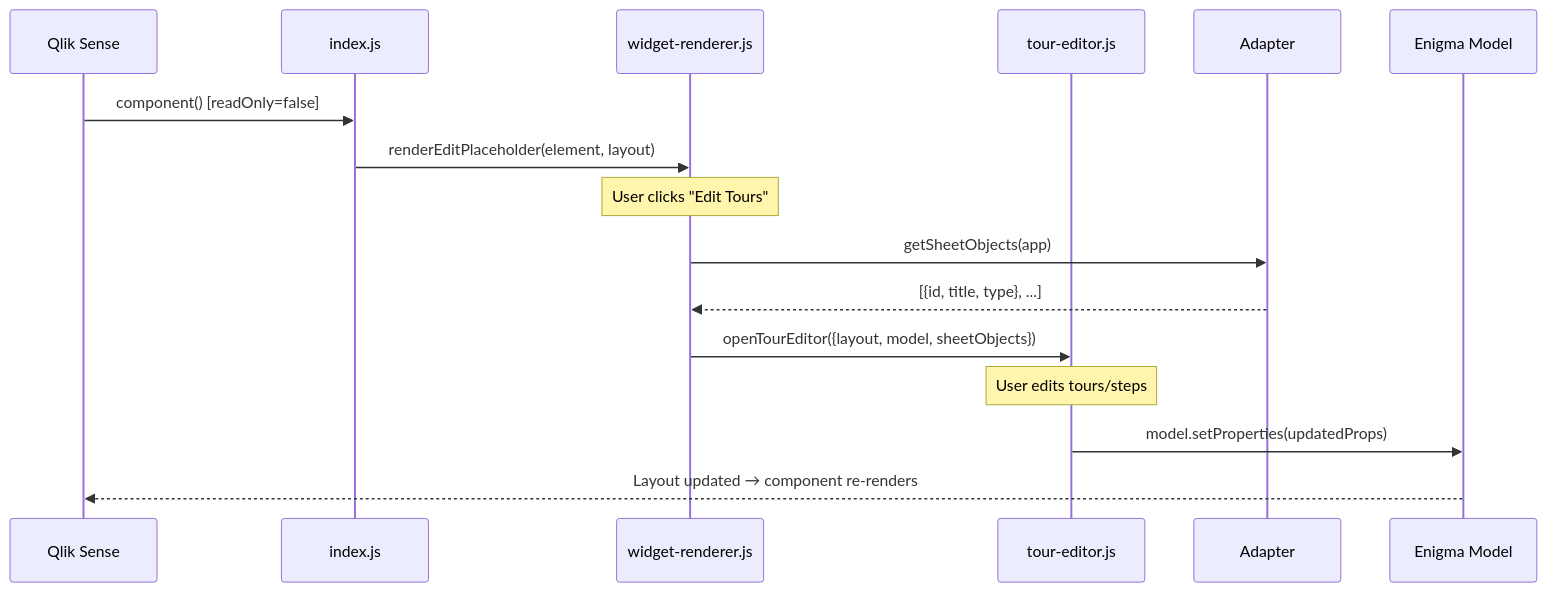
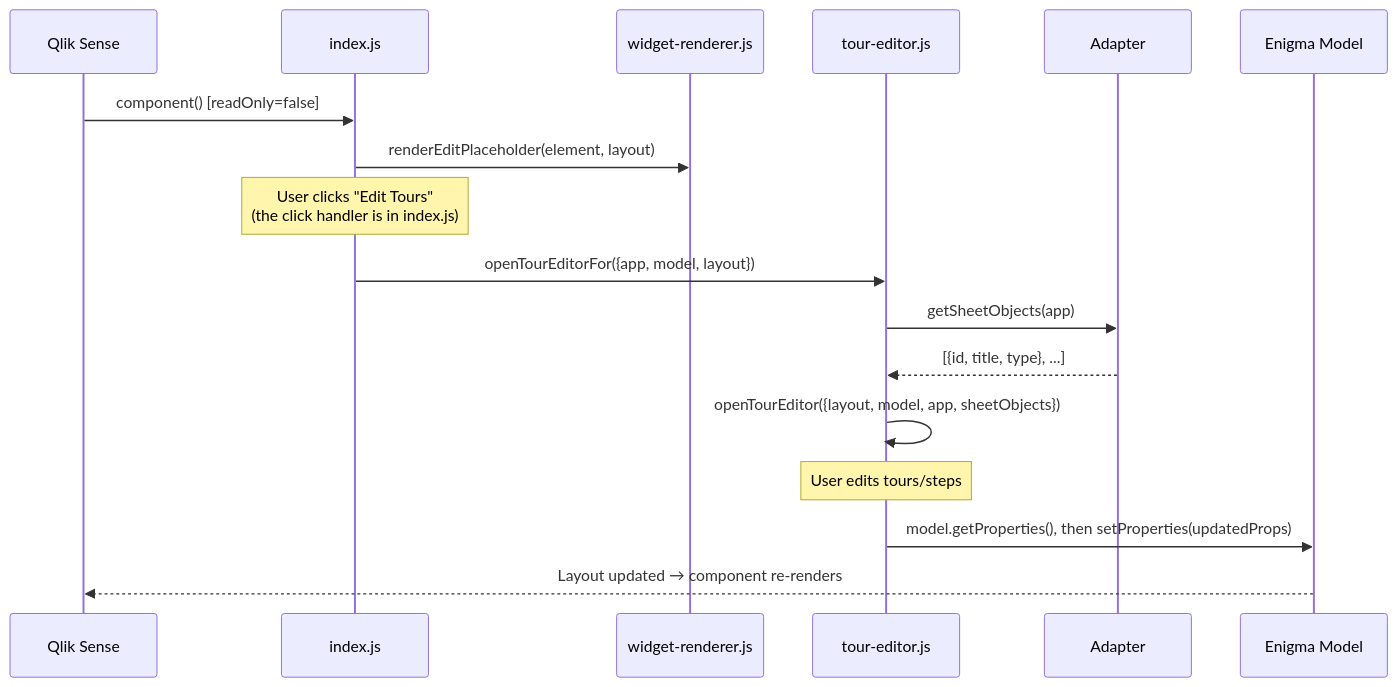
The fourth of 5 diagrams in docs/ARCHITECTURE.md (ptarmiganlabs/onboard.qs), drawn with Mermaid before and after one commit. The commit also changed other lines of this file, not shown here.

First line of the commit message:
docs(architecture): match the lifecycle, data flows and file tree to src/

````diff
--- a/docs/ARCHITECTURE.md
+++ b/docs/ARCHITECTURE.md
@@ -168,19 +169,20 @@
 ```mermaid
 sequenceDiagram
     participant QS as Qlik Sense
     participant EP as index.js
     participant WR as widget-renderer.js
     participant TE as tour-editor.js
     participant AD as Adapter
     participant MD as Enigma Model
 
     QS->>EP: component() [readOnly=false]
     EP->>WR: renderEditPlaceholder(element, layout)
-    Note over WR: User clicks "Edit Tours"
-    WR->>AD: getSheetObjects(app)
-    AD-->>WR: [{id, title, type}, ...]
-    WR->>TE: openTourEditor({layout, model, sheetObjects})
+    Note over EP: User clicks "Edit Tours"<br/>(the click handler is in index.js)
+    EP->>TE: openTourEditorFor({app, model, layout})
+    TE->>AD: getSheetObjects(app)
+    AD-->>TE: [{id, title, type}, ...]
+    TE->>TE: openTourEditor({layout, model, app, sheetObjects})
     Note over TE: User edits tours/steps
-    TE->>MD: model.setProperties(updatedProps)
+    TE->>MD: model.getProperties(), then setProperties(updatedProps)
     MD-->>QS: Layout updated → component re-renders
 ```
````
